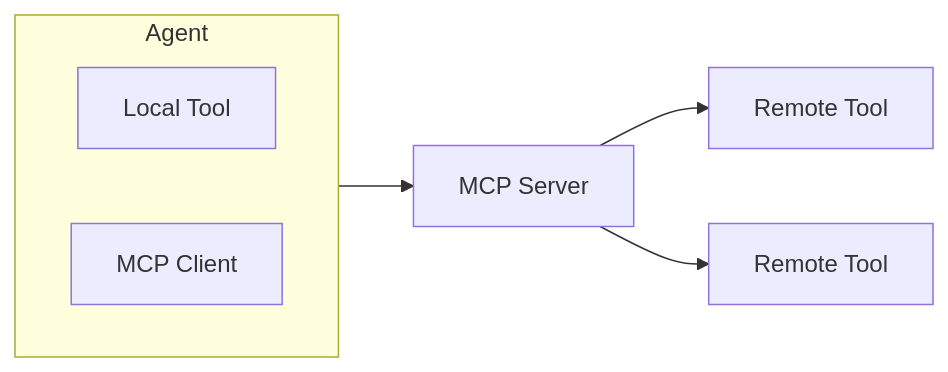
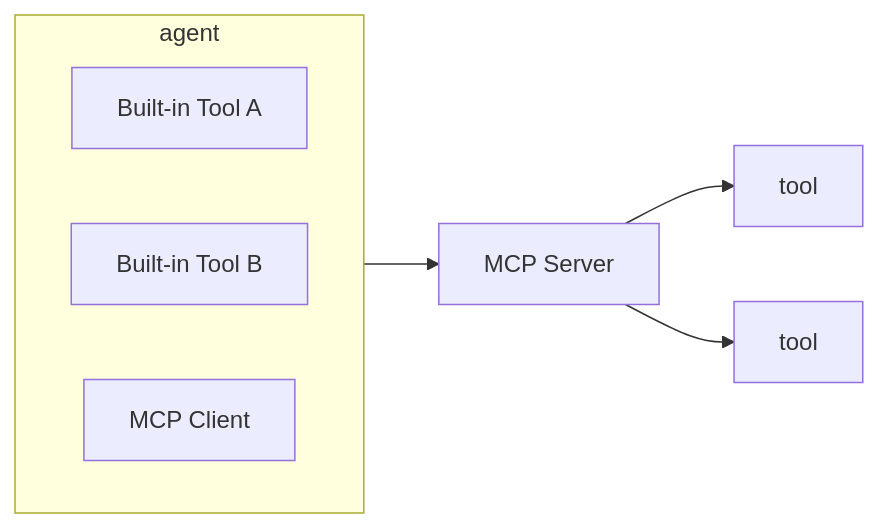
Before and after one commit to backplane-cloud/agentify-toolkit: the third of 3 diagrams in docs/mcp/MCP.md, drawn with Mermaid. The commit also changed other lines of this file, not shown here.

Commit message:
Added docs/mcp/MCP.md documentation

````diff
--- a/docs/mcp/MCP.md
+++ b/docs/mcp/MCP.md
@@ -268,13 +165,15 @@
 ```mermaid
-flowchart LR
+    flowchart LR
 
-subgraph Agent
-    direction LR
-    T1[Local Tool]
-    Client[MCP Client]
-end
+    subgraph agent
+        direction LR
+        t[Built-in Tool A]
+        t2[Built-in Tool B]
+        m[MCP Client]
+    end
 
-Client --> Server[MCP Server]
-Server --> RT1[Remote Tool]
-Server --> RT2[Remote Tool]
+    m --> a[MCP Server]
+    a --> b[tool]
+    a --> c[tool]
+
 ```
````
